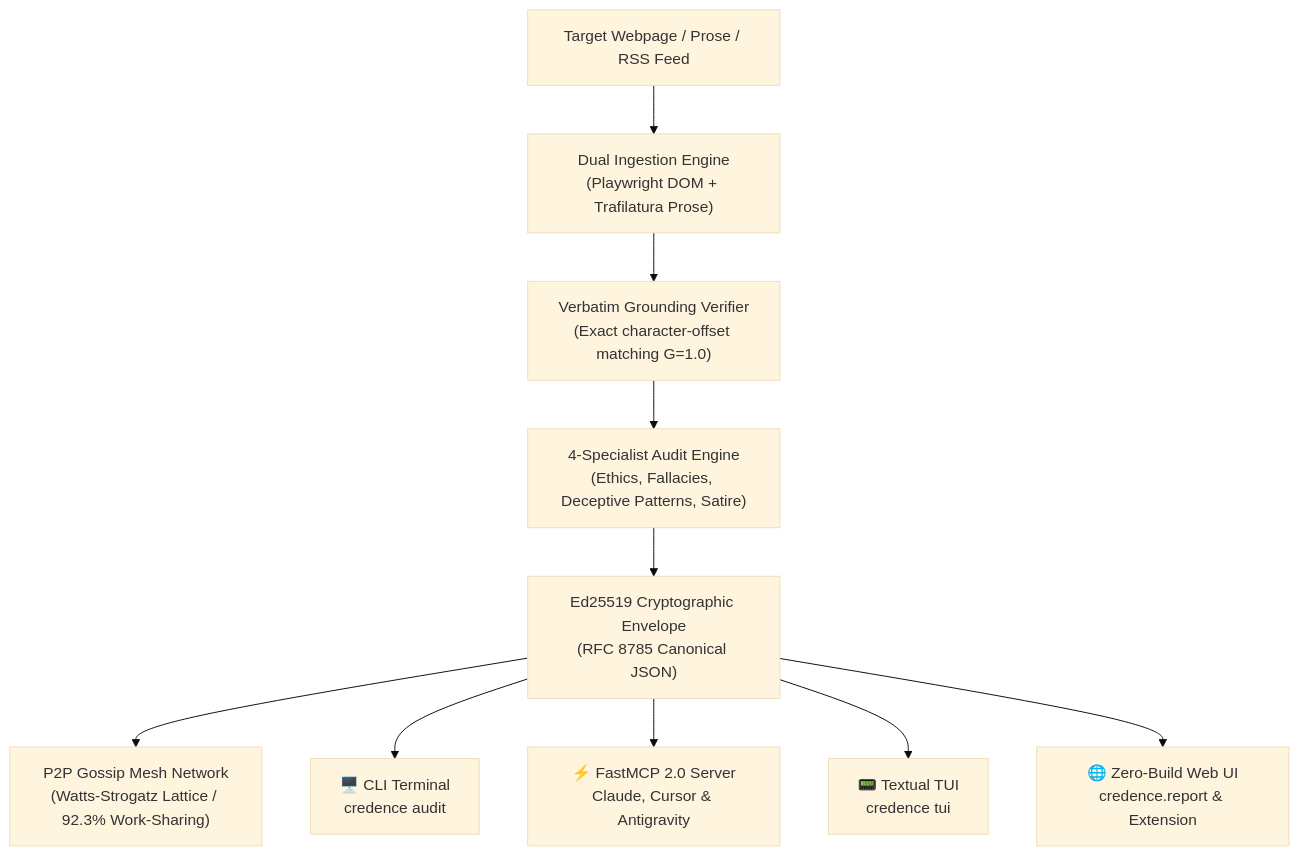
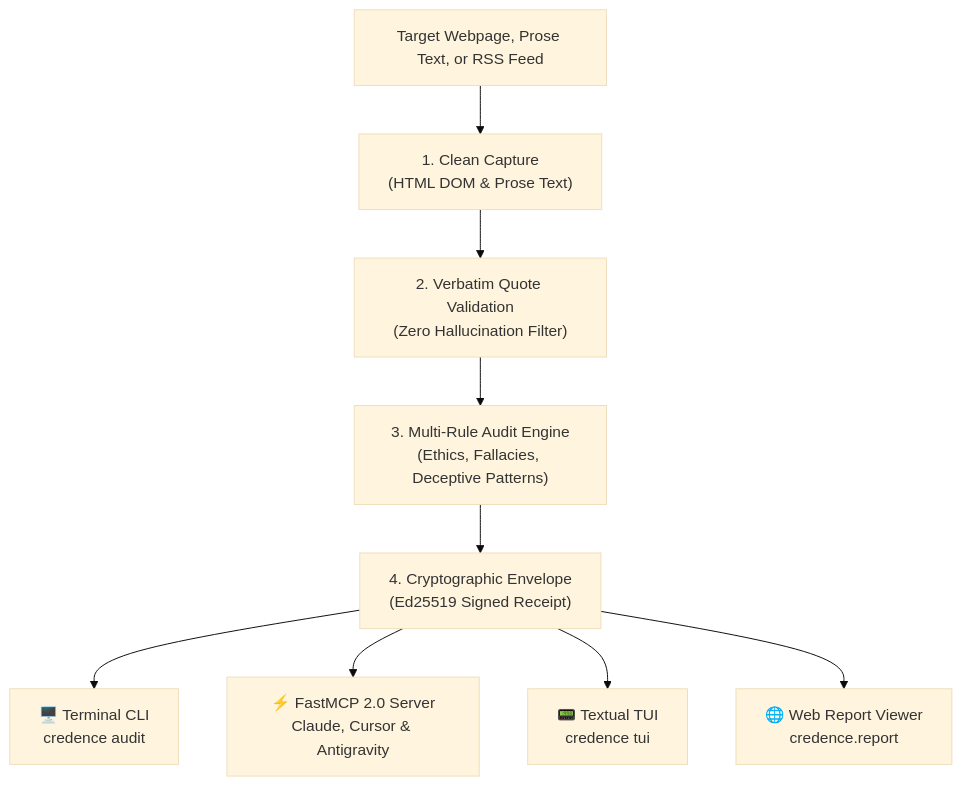
The diagram in docs/intro.md (artibyrd/credence-docs), drawn with Mermaid (base theme) before and after one commit. The commit also changed other lines of this file and 7 other files, not shown here.

````diff
--- a/docs/intro.md
+++ b/docs/intro.md
@@ -22,14 +52,12 @@
 ```mermaid
 graph TD
-    Target["Target Webpage / Prose / RSS Feed"] --> Capture["Dual Ingestion Engine<br>(Playwright DOM + Trafilatura Prose)"]
-    Capture --> Grounding["Verbatim Grounding Verifier<br>(Exact character-offset matching G=1.0)"]
-    Grounding --> Specialists["4-Specialist Audit Engine<br>(Ethics, Fallacies, Deceptive Patterns, Satire)"]
+    Target["Target Webpage, Prose Text, or RSS Feed"] --> Capture["1. Clean Capture<br>(HTML DOM & Prose Text)"]
+    Capture --> Grounding["2. Verbatim Quote Validation<br>(Zero Hallucination Filter)"]
+    Grounding --> Specialists["3. Multi-Rule Audit Engine<br>(Ethics, Fallacies, Deceptive Patterns)"]
+    Specialists --> Signer["4. Cryptographic Envelope<br>(Ed25519 Signed Receipt)"]
     
-    Specialists --> Signer["Ed25519 Cryptographic Envelope<br>(RFC 8785 Canonical JSON)"]
-    Signer --> Mesh["P2P Gossip Mesh Network<br>(Watts-Strogatz Lattice / 92.3% Work-Sharing)"]
-    
-    Signer --> Output1["🖥️ CLI Terminal<br>credence audit"]
+    Signer --> Output1["🖥️ Terminal CLI<br>credence audit"]
     Signer --> Output2["⚡ FastMCP 2.0 Server<br>Claude, Cursor & Antigravity"]
     Signer --> Output3["📟 Textual TUI<br>credence tui"]
-    Signer --> Output4["🌐 Zero-Build Web UI<br>credence.report & Extension"]
+    Signer --> Output4["🌐 Web Report Viewer<br>credence.report"]
 ```
````
